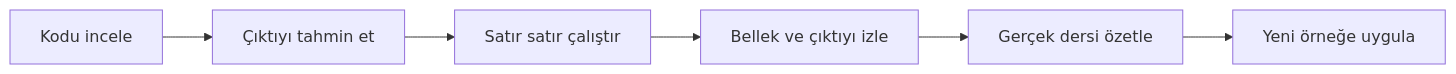
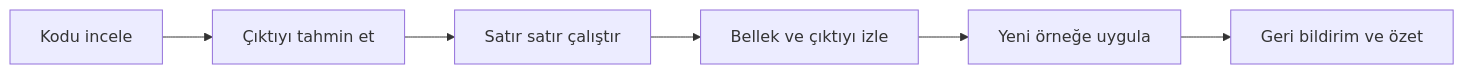
The first of 3 diagrams in DESIGN.md (ataanuysal/softgrillmeapp), drawn with Mermaid before and after one commit. The commit also changed other lines of this file and 17 other files, not shown here.

Commit message:
Add lesson roadmap and transfer challenges

````diff
--- a/DESIGN.md
+++ b/DESIGN.md
@@ -12,8 +12,8 @@
 ```mermaid
 flowchart LR
   A["Kodu incele"] --> B["Çıktıyı tahmin et"]
   B --> C["Satır satır çalıştır"]
   C --> D["Bellek ve çıktıyı izle"]
-  D --> E["Gerçek dersi özetle"]
-  E --> F["Yeni örneğe uygula"]
+  D --> E["Yeni örneğe uygula"]
+  E --> F["Geri bildirim ve özet"]
 ```
````
